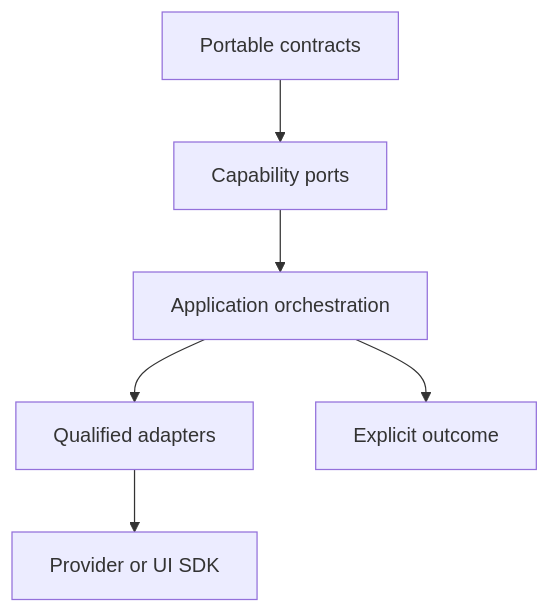
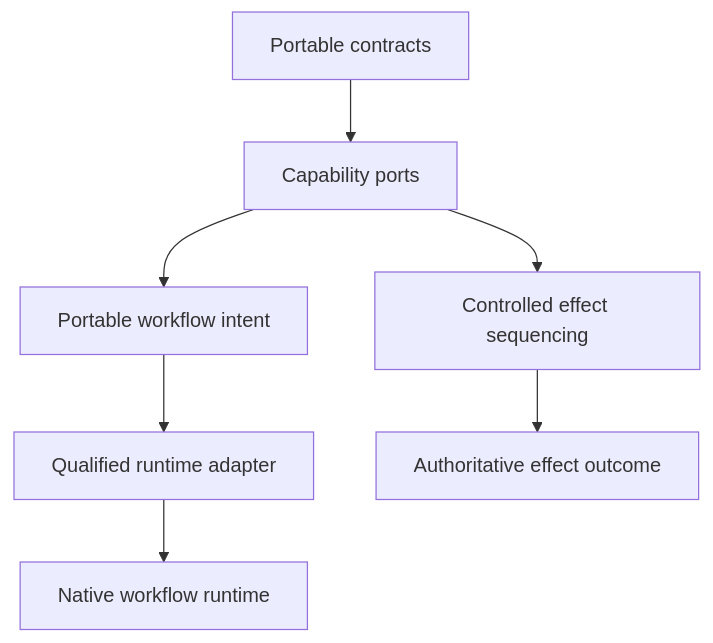
Before and after one commit to theGeekist/llm-core: the diagram in docs/orchestration/index.md, drawn with Mermaid. The commit also changed other lines of this file and 278 other files, not shown here.

Commit message:
docs: establish package architecture authorities

````diff
--- a/docs/orchestration/index.md
+++ b/docs/orchestration/index.md
@@ -7,8 +9,9 @@
 ```mermaid
 flowchart TB
   contracts["Portable contracts"] --> capabilities["Capability ports"]
-  capabilities --> orchestration["Application orchestration"]
-  orchestration --> adapters["Qualified adapters"]
-  orchestration --> result["Explicit outcome"]
-  adapters --> native["Provider or UI SDK"]
+  capabilities --> control["Controlled effect sequencing"]
+  capabilities --> intent["Portable workflow intent"]
+  intent --> adapters["Qualified runtime adapter"]
+  adapters --> native["Native workflow runtime"]
+  control --> result["Authoritative effect outcome"]
 ```
````
